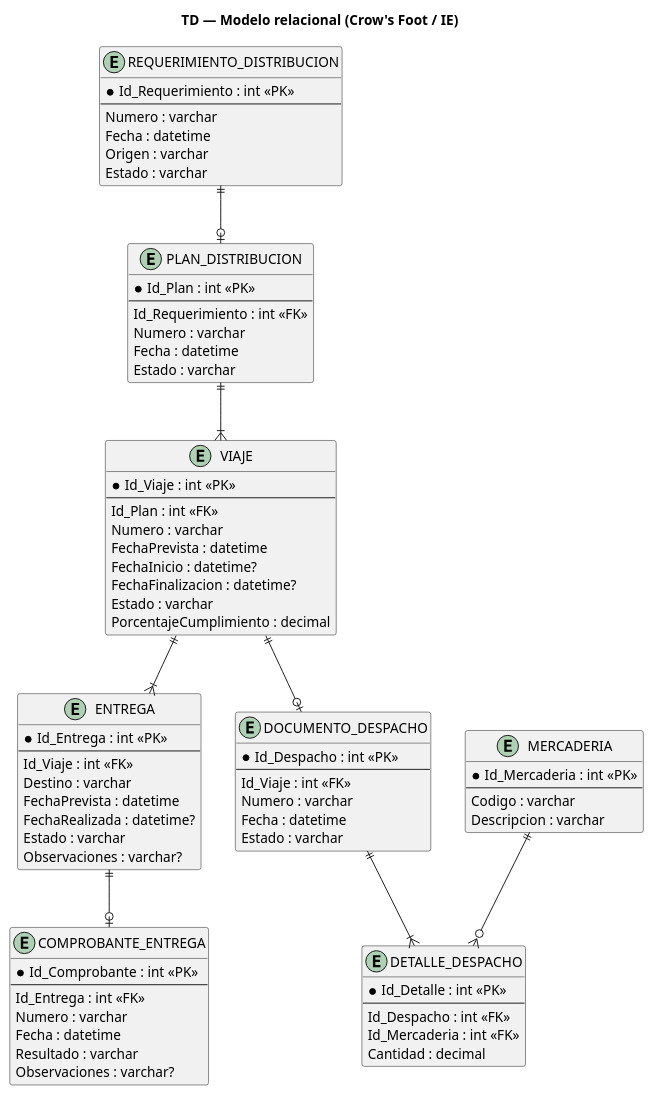
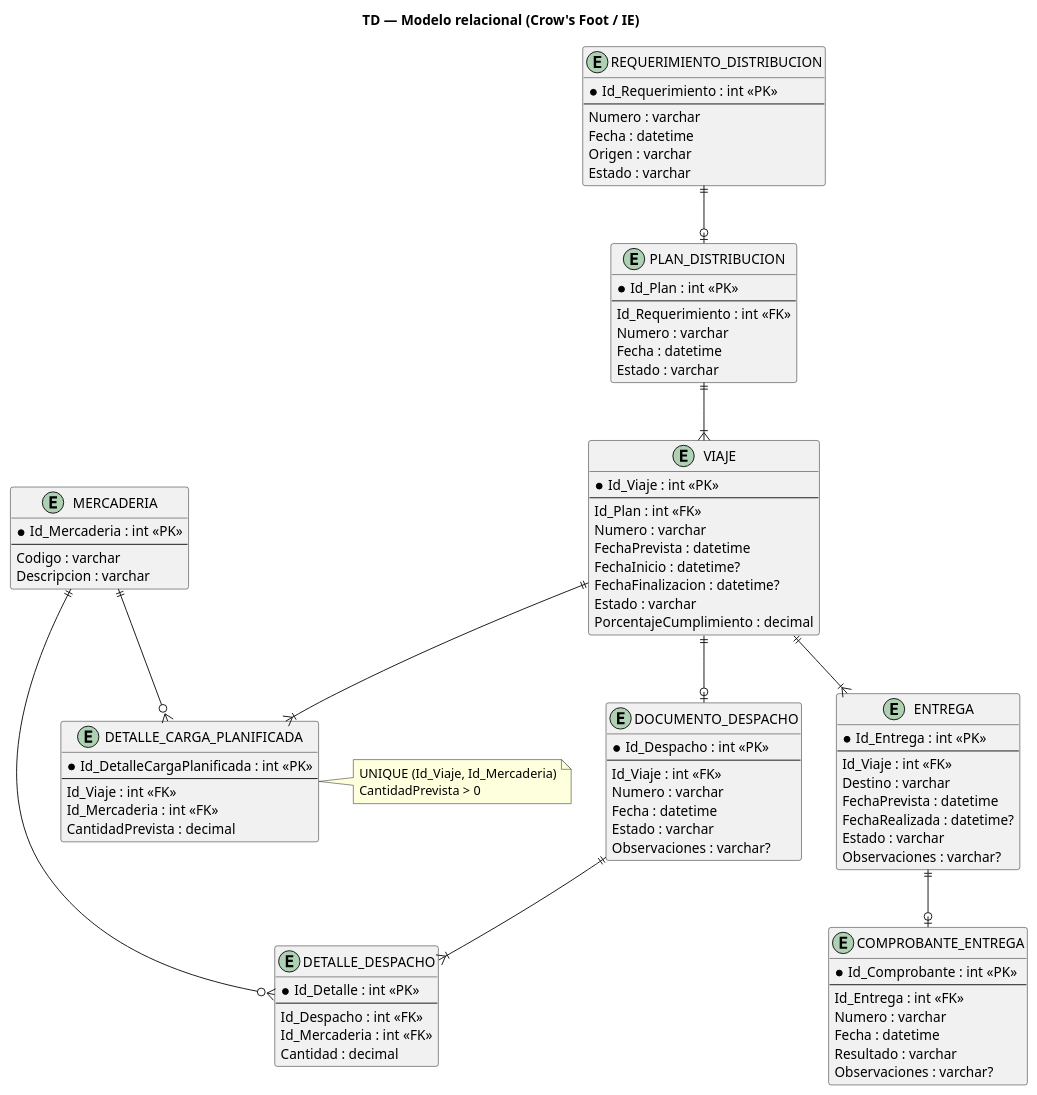
One commit to Zalitoar/SistemaLogistica changed the diagram in docs/uml/DER_TD_CrowsFoot.puml. Above: the diagram before and after it, drawn with PlantUML. The commit also changed 53 other files, not shown here.

```diff
--- a/docs/uml/DER_TD_CrowsFoot.puml
+++ b/docs/uml/DER_TD_CrowsFoot.puml
@@ -1,79 +1,93 @@
 @startuml
 title TD — Modelo relacional (Crow's Foot / IE)
 hide methods
 hide stereotypes
 entity REQUERIMIENTO_DISTRIBUCION {
   * Id_Requerimiento : int <<PK>>
   --
   Numero : varchar
   Fecha : datetime
   Origen : varchar
   Estado : varchar
 }
 entity PLAN_DISTRIBUCION {
   * Id_Plan : int <<PK>>
   --
   Id_Requerimiento : int <<FK>>
   Numero : varchar
   Fecha : datetime
   Estado : varchar
 }
 entity VIAJE {
   * Id_Viaje : int <<PK>>
   --
   Id_Plan : int <<FK>>
   Numero : varchar
   FechaPrevista : datetime
   FechaInicio : datetime?
   FechaFinalizacion : datetime?
   Estado : varchar
   PorcentajeCumplimiento : decimal
 }
 entity ENTREGA {
   * Id_Entrega : int <<PK>>
   --
   Id_Viaje : int <<FK>>
   Destino : varchar
   FechaPrevista : datetime
   FechaRealizada : datetime?
   Estado : varchar
   Observaciones : varchar?
 }
 entity DOCUMENTO_DESPACHO {
   * Id_Despacho : int <<PK>>
   --
   Id_Viaje : int <<FK>>
   Numero : varchar
   Fecha : datetime
   Estado : varchar
+  Observaciones : varchar?
 }
 entity MERCADERIA {
   * Id_Mercaderia : int <<PK>>
   --
   Codigo : varchar
   Descripcion : varchar
 }
 entity DETALLE_DESPACHO {
   * Id_Detalle : int <<PK>>
   --
   Id_Despacho : int <<FK>>
   Id_Mercaderia : int <<FK>>
   Cantidad : decimal
 }
 entity COMPROBANTE_ENTREGA {
   * Id_Comprobante : int <<PK>>
   --
   Id_Entrega : int <<FK>>
   Numero : varchar
   Fecha : datetime
   Resultado : varchar
   Observaciones : varchar?
 }
 REQUERIMIENTO_DISTRIBUCION ||--o| PLAN_DISTRIBUCION
 PLAN_DISTRIBUCION ||--|{ VIAJE
 VIAJE ||--|{ ENTREGA
 VIAJE ||--o| DOCUMENTO_DESPACHO
 DOCUMENTO_DESPACHO ||--|{ DETALLE_DESPACHO
 MERCADERIA ||--o{ DETALLE_DESPACHO
 ENTREGA ||--o| COMPROBANTE_ENTREGA
+entity DETALLE_CARGA_PLANIFICADA {
+  * Id_DetalleCargaPlanificada : int <<PK>>
+  --
+  Id_Viaje : int <<FK>>
+  Id_Mercaderia : int <<FK>>
+  CantidadPrevista : decimal
+}
+VIAJE ||--|{ DETALLE_CARGA_PLANIFICADA
+MERCADERIA ||--o{ DETALLE_CARGA_PLANIFICADA
+note right of DETALLE_CARGA_PLANIFICADA
+UNIQUE (Id_Viaje, Id_Mercaderia)
+CantidadPrevista > 0
+end note
 @enduml
```
